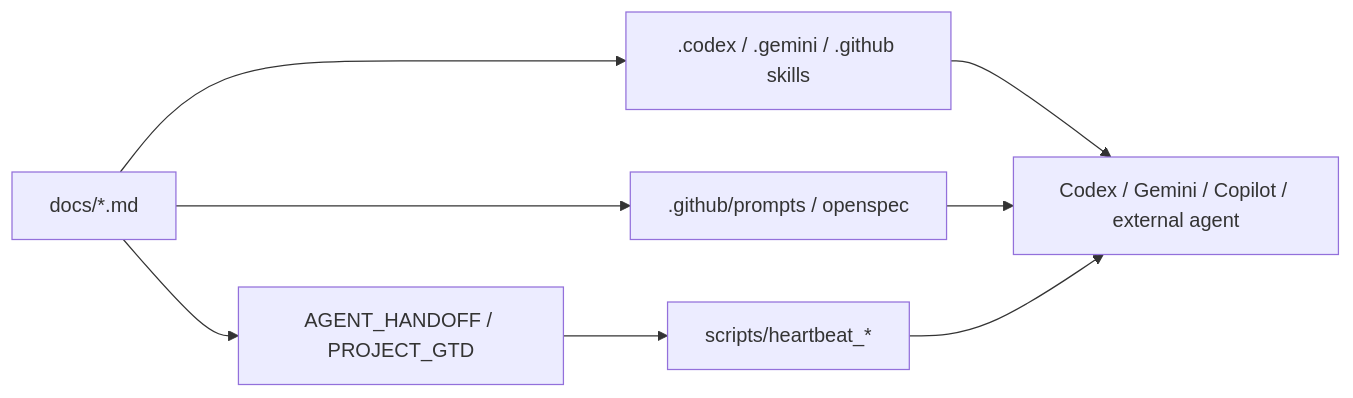
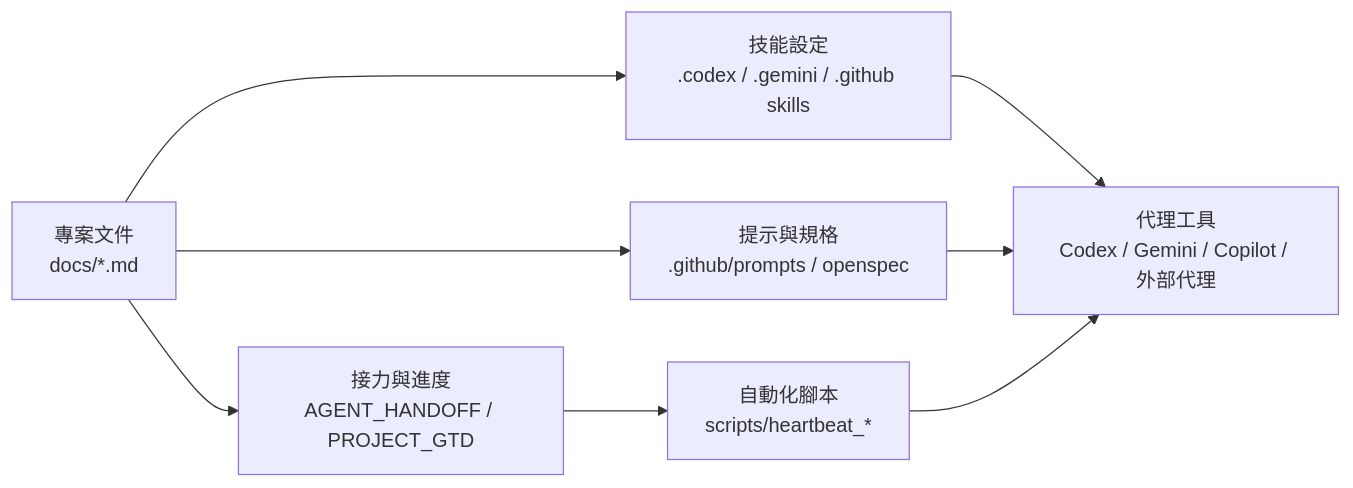
The third of 3 diagrams in docs/CODE_RELATIONSHIP_MAP.zh-TW.md (YanAnnLu/APIkeys_collection), drawn with Mermaid before and after one commit. The commit also changed other lines of this file and 17 other files, not shown here.

````diff
--- a/docs/CODE_RELATIONSHIP_MAP.zh-TW.md
+++ b/docs/CODE_RELATIONSHIP_MAP.zh-TW.md
@@ -76,17 +76,17 @@
 ```mermaid
 flowchart LR
-    docs["docs/*.md"]
-    handoff["AGENT_HANDOFF / PROJECT_GTD"]
-    skills[".codex / .gemini / .github skills"]
-    prompts[".github/prompts / openspec"]
-    scripts["scripts/heartbeat_*"]
-    agents["Codex / Gemini / Copilot / external agent"]
+    docs["專案文件<br/>docs/*.md"]
+    handoff["接力與進度<br/>AGENT_HANDOFF / PROJECT_GTD"]
+    skills["技能設定<br/>.codex / .gemini / .github skills"]
+    prompts["提示與規格<br/>.github/prompts / openspec"]
+    scripts["自動化腳本<br/>scripts/heartbeat_*"]
+    agents["代理工具<br/>Codex / Gemini / Copilot / 外部代理"]
 
     docs --> handoff
     docs --> skills
     docs --> prompts
     handoff --> scripts
     skills --> agents
     prompts --> agents
     scripts --> agents
 ```
````
